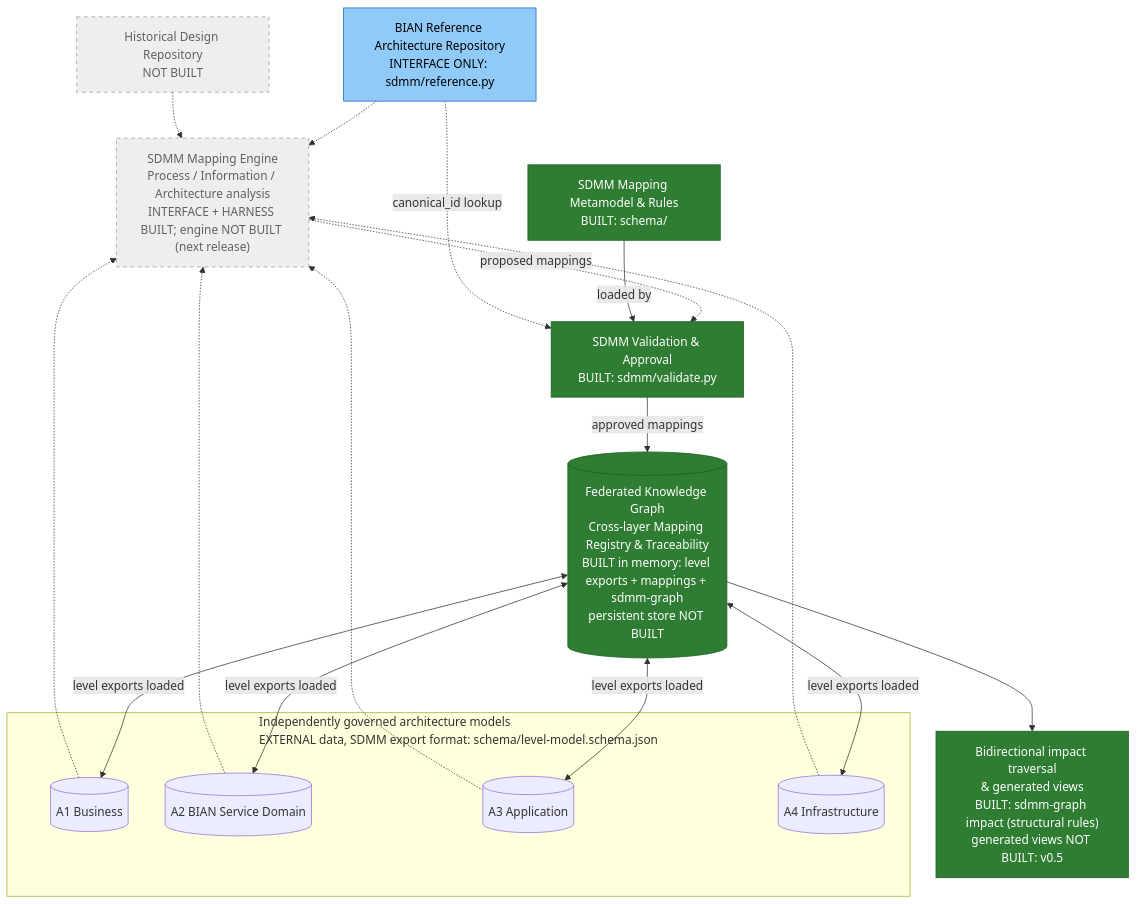
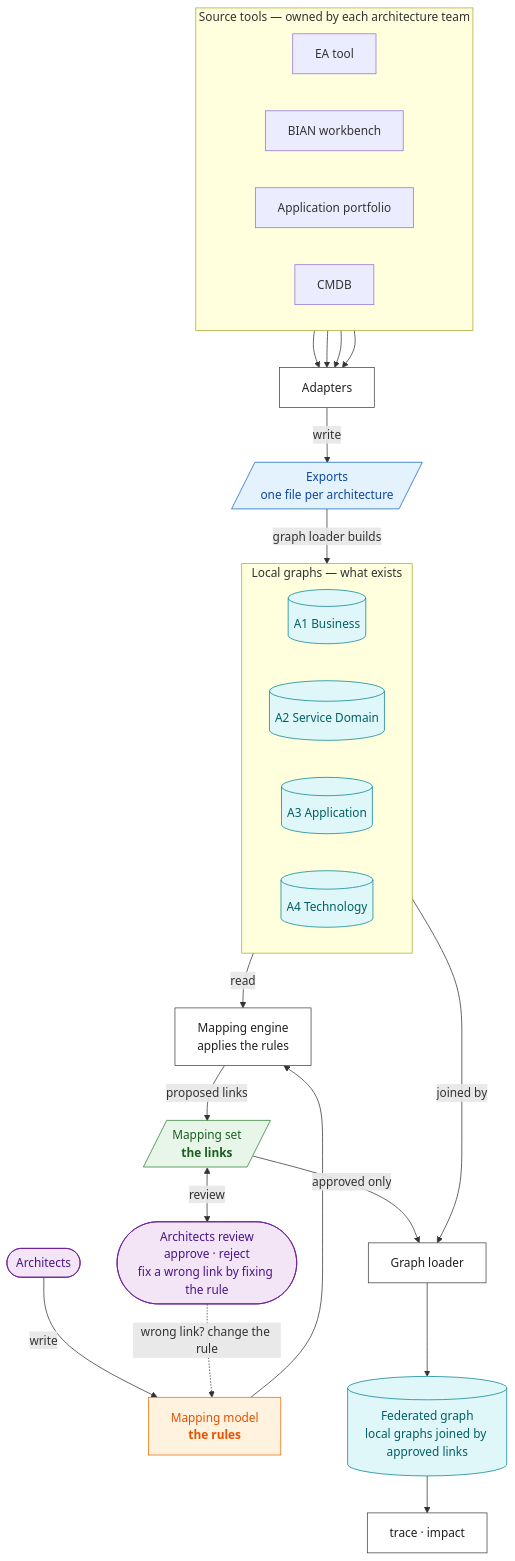
The diagram in README.md (taumoeps/bian-sdem-framework), drawn with Mermaid before and after one commit. The commit also changed other lines of this file, not shown here.

````diff
--- a/README.md
+++ b/README.md
@@ -499,41 +29,51 @@
 ```mermaid
 flowchart TB
-    REF["BIAN Reference Architecture Repository<br/>INTERFACE ONLY: sdmm/reference.py"]
-    HIST["Historical Design Repository<br/>NOT BUILT"]
-    RULES["SDMM Mapping Metamodel & Rules<br/>BUILT: schema/"]
-    ENGINE["SDMM Mapping Engine<br/>Process / Information / Architecture analysis<br/>INTERFACE + HARNESS BUILT; engine NOT BUILT (next release)"]
-    VALID["SDMM Validation & Approval<br/>BUILT: sdmm/validate.py"]
-    FED[("Federated Knowledge Graph<br/>Cross-layer Mapping Registry & Traceability<br/>BUILT in memory: level exports + mappings + sdmm-graph<br/>persistent store NOT BUILT")]
-    IMPACT["Bidirectional impact traversal<br/>& generated views<br/>BUILT: sdmm-graph impact (structural rules)<br/>generated views NOT BUILT: v0.5"]
+    classDef data fill:#E3F2FD,stroke:#1565C0,color:#0D47A1
+    classDef rules fill:#FFF3E0,stroke:#EF6C00,color:#E65100
+    classDef links fill:#E8F5E9,stroke:#2E7D32,color:#1B5E20
+    classDef prog fill:#FFFFFF,stroke:#424242,color:#212121
+    classDef person fill:#F3E5F5,stroke:#6A1B9A,color:#4A148C
+    classDef kg fill:#E0F7FA,stroke:#00838F,color:#006064
 
-    subgraph LEVELS["Independently governed architecture models<br/>EXTERNAL data, SDMM export format: schema/level-model.schema.json"]
-      A1[(A1 Business)]
-      A2[(A2 BIAN Service Domain)]
-      A3[(A3 Application)]
-      A4[(A4 Infrastructure)]
+    subgraph SRC["Source tools — owned by each architecture team"]
+        direction LR
+        T1["EA tool"]
+        T2["BIAN workbench"]
+        T3["Application portfolio"]
+        T4["CMDB"]
     end
 
-    A1 -.-> ENGINE
-    A2 -.-> ENGINE
-    A3 -.-> ENGINE
-    A4 -.-> ENGINE
-    REF -.-> ENGINE
-    HIST -.-> ENGINE
-    ENGINE -.->|proposed mappings| VALID
-    RULES -->|loaded by| VALID
-    REF -.->|canonical_id lookup| VALID
-    VALID -->|approved mappings| FED
-    FED <-->|level exports loaded| A1
-    FED <-->|level exports loaded| A2
-    FED <-->|level exports loaded| A3
-    FED <-->|level exports loaded| A4
-    FED --> IMPACT
+    ADP["Adapters"]:::prog
+    EXP[/"Exports<br/>one file per architecture"/]:::data
 
-    style RULES fill:#2e7d32,color:#fff,stroke:#1b5e20
-    style VALID fill:#2e7d32,color:#fff,stroke:#1b5e20
-    style FED fill:#2e7d32,color:#fff,stroke:#1b5e20
-    style IMPACT fill:#2e7d32,color:#fff,stroke:#1b5e20
-    style REF fill:#90caf9,color:#000,stroke:#1565c0
-    style ENGINE fill:#eeeeee,color:#616161,stroke:#9e9e9e,stroke-dasharray: 5 5
-    style HIST fill:#eeeeee,color:#616161,stroke:#9e9e9e,stroke-dasharray: 5 5
+    subgraph LOCAL["Local graphs — what exists"]
+        direction LR
+        L1[("A1 Business")]:::kg
+        L2[("A2 Service Domain")]:::kg
+        L3[("A3 Application")]:::kg
+        L4[("A4 Technology")]:::kg
+    end
+
+    ARCH(["Architects"]):::person
+    MM["Mapping model<br/><b>the rules</b>"]:::rules
+    ENG["Mapping engine<br/>applies the rules"]:::prog
+    MS[/"Mapping set<br/><b>the links</b>"/]:::links
+    REV(["Architects review<br/>approve · reject<br/>fix a wrong link by fixing the rule"]):::person
+    LDR["Graph loader"]:::prog
+    FED[("Federated graph<br/>local graphs joined by approved links")]:::kg
+    Q["trace · impact"]:::prog
+
+    T1 & T2 & T3 & T4 --> ADP
+    ADP -->|write| EXP
+    EXP -->|graph loader builds| LOCAL
+    ARCH -->|write| MM
+    MM --> ENG
+    LOCAL -->|read| ENG
+    ENG -->|proposed links| MS
+    MS <-->|review| REV
+    REV -.->|wrong link? change the rule| MM
+    MS -->|approved only| LDR
+    LOCAL -->|joined by| LDR
+    LDR --> FED
+    FED --> Q
 ```
````
